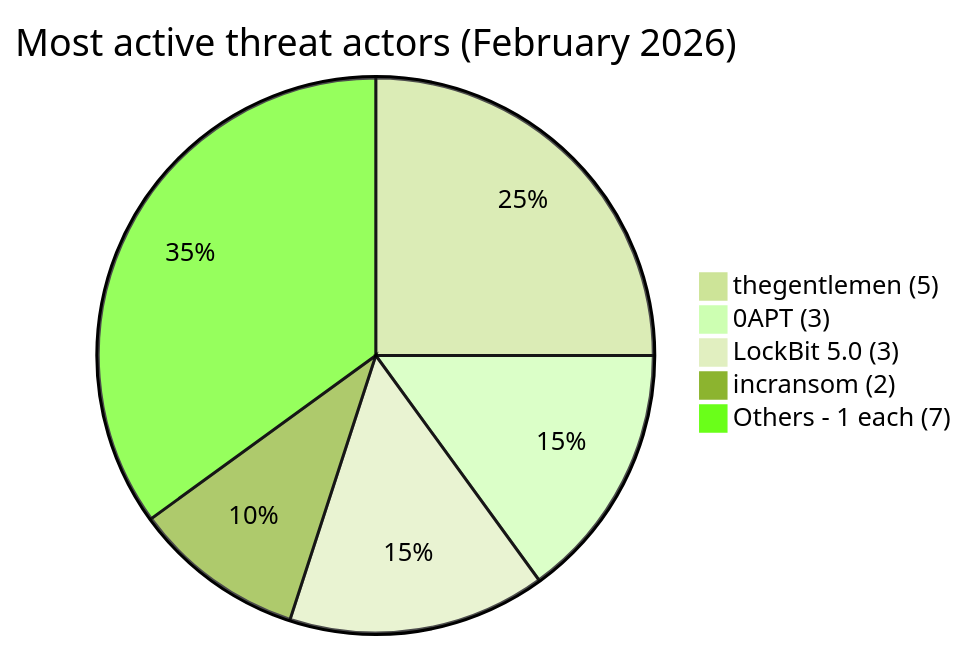
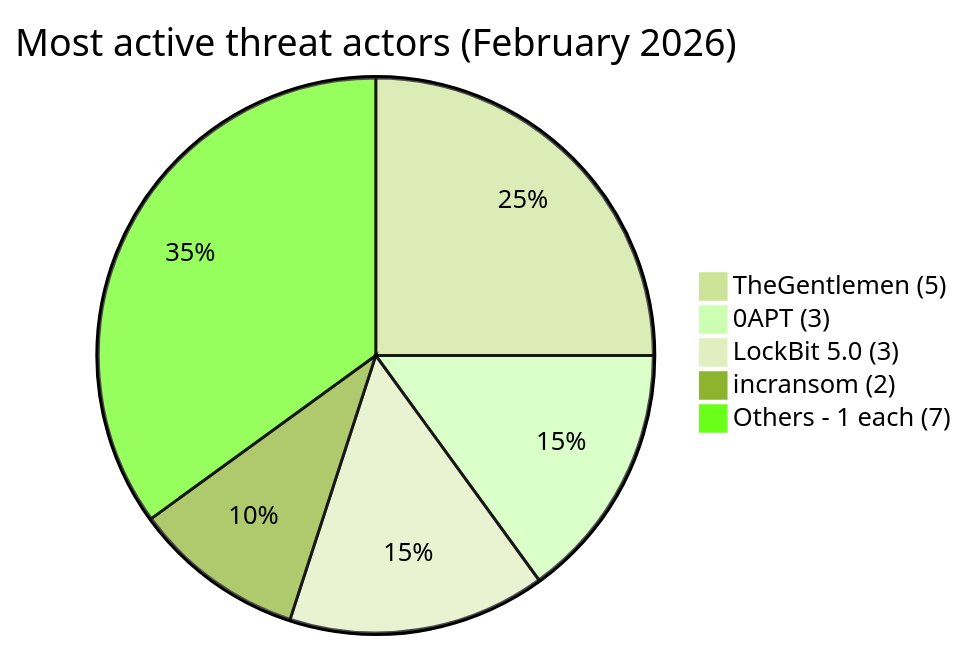
One commit to Hatchepsoute/AFRINTEL changed the second of 3 diagrams in CyberAttackAfrica/2026/02-february/README.md. Above: the diagram before and after it, drawn with Mermaid (forest theme). The commit also changed other lines of this file and 83 other files, not shown here.

````diff
--- a/CyberAttackAfrica/2026/02-february/README.md
+++ b/CyberAttackAfrica/2026/02-february/README.md
@@ -101,9 +101,9 @@
 ```mermaid
 pie
  title Most active threat actors (February 2026)
- "thegentlemen (5)" : 5
+ "TheGentlemen (5)" : 5
  "0APT (3)" : 3
  "LockBit 5.0 (3)" : 3
  "incransom (2)" : 2
  "Others - 1 each (7)" : 7
 ```
````
